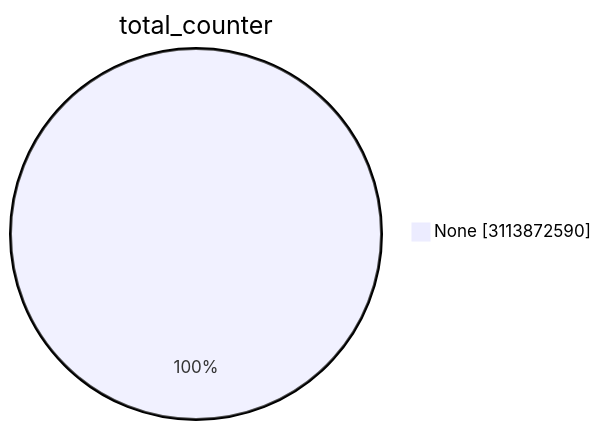
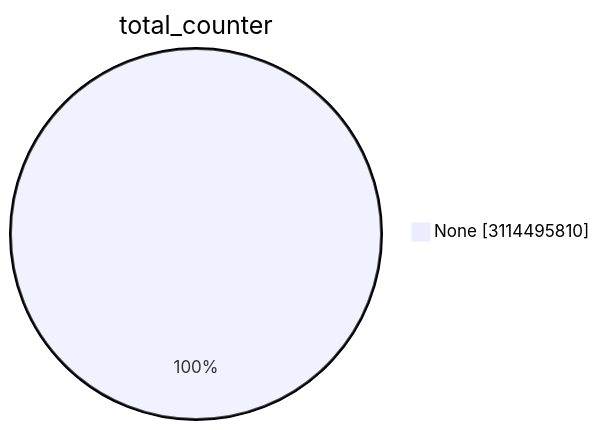
One commit to christiankrug/ctmonitor_visualization changed the first of 15 diagrams in TOTAL/README.md. Above: the diagram before and after it, drawn with Mermaid. The commit also changed other lines of this file, not shown here.

````diff
--- a/TOTAL/README.md
+++ b/TOTAL/README.md
@@ -1,5 +1,5 @@
 ```mermaid
 pie showData
 title total_counter
-"None" :3113872590
+"None" :3114495810
 ```
````
